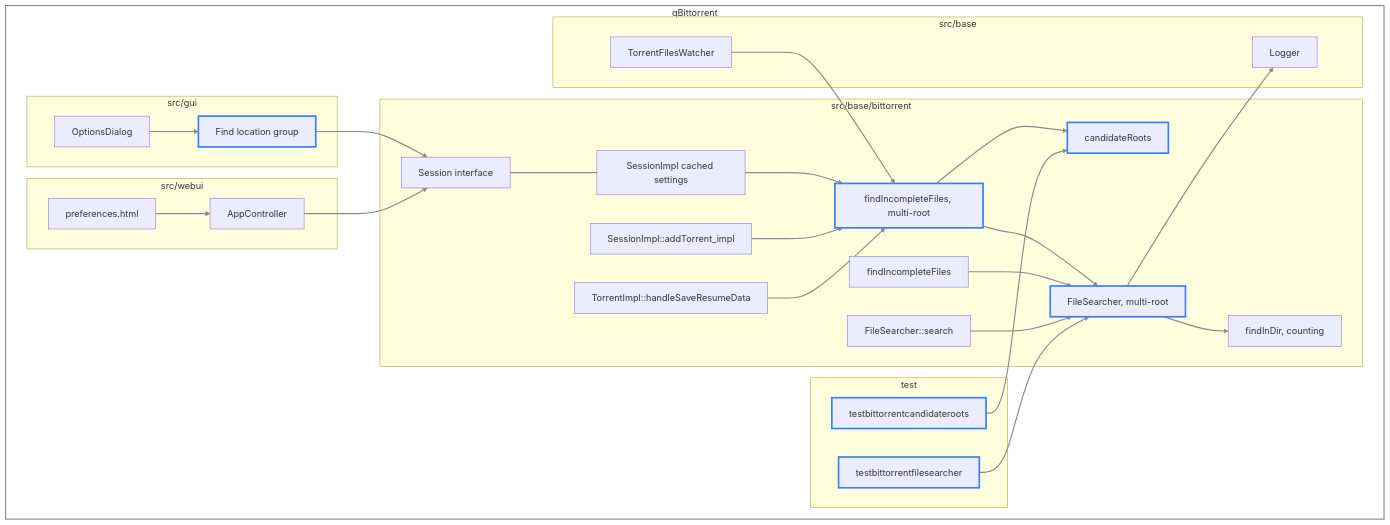
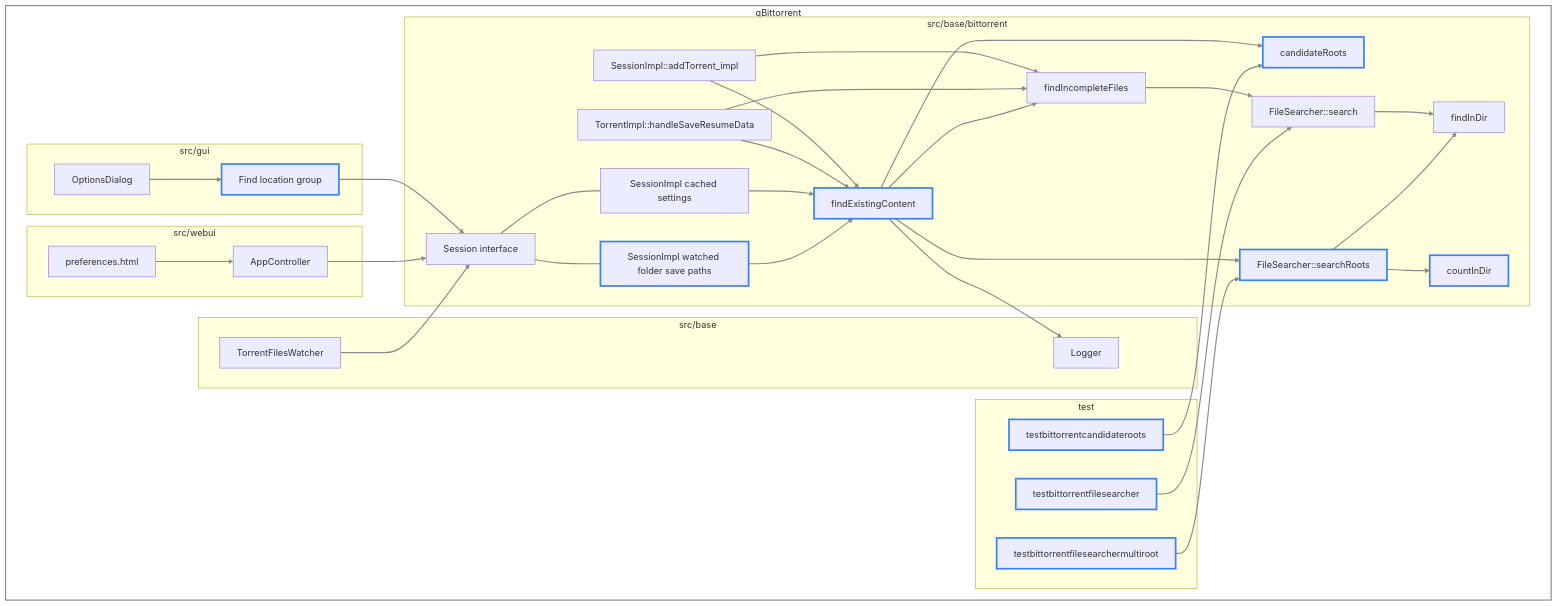
One commit to tsylvester/qBittorrent changed the second of 4 diagrams in doc/en/find-location_system_architecture.md. Above: the diagram before and after it, drawn with Mermaid. The commit also changed other lines of this file and 8 other files, not shown here.

````diff
--- a/doc/en/find-location_system_architecture.md
+++ b/doc/en/find-location_system_architecture.md
@@ -84,56 +83,66 @@
 ```mermaid
 flowchart TD
     subgraph repo["qBittorrent"]
         subgraph gui["src/gui"]
             OD["OptionsDialog"]
             ODG["Find location group"]
         end
         subgraph web["src/webui"]
             AC["AppController"]
             PH["preferences.html"]
         end
         subgraph base["src/base"]
             TFW["TorrentFilesWatcher"]
             LOG["Logger"]
         end
         subgraph bt["src/base/bittorrent"]
             SESS["Session interface"]
             SI["SessionImpl::addTorrent_impl"]
             SET["SessionImpl cached settings"]
+            WFS["SessionImpl watched folder save paths"]
             TI["TorrentImpl::handleSaveResumeData"]
             FIF["findIncompleteFiles"]
-            FIFN["findIncompleteFiles, multi-root"]
+            FEC["findExistingContent"]
             CR["candidateRoots"]
             FS["FileSearcher::search"]
-            FSN["FileSearcher, multi-root"]
-            FID["findInDir, counting"]
+            FSN["FileSearcher::searchRoots"]
+            CID["countInDir"]
+            FID["findInDir"]
         end
         subgraph test["test"]
             T1["testbittorrentfilesearcher"]
-            T2["testbittorrentcandidateroots"]
+            T2["testbittorrentfilesearchermultiroot"]
+            T3["testbittorrentcandidateroots"]
         end
     end
 
-    TFW --> FIFN
-    SET --> FIFN
-    SI --> FIFN
-    TI --> FIFN
-    FIFN --> CR
-    FIFN --> FSN
-    FIF --> FSN
-    FS --> FSN
+    TFW --> SESS
+    SESS --- WFS
+    SI --> FEC
+    SI --> FIF
+    TI --> FEC
+    TI --> FIF
+    SET --> FEC
+    WFS --> FEC
+    FEC --> FIF
+    FEC --> CR
+    FEC --> FSN
+    FEC --> LOG
+    FIF --> FS
+    FS --> FID
+    FSN --> CID
     FSN --> FID
-    FSN --> LOG
     OD --> ODG
     ODG --> SESS
     AC --> SESS
     SESS --- SET
     PH --> AC
-    T1 --> FSN
-    T2 --> CR
+    T1 --> FS
+    T2 --> FSN
+    T3 --> CR
 
     linkStyle default stroke:#8a8a8a,stroke-width:2px
     style repo fill:none,stroke:#8a8a8a,stroke-width:2px
     classDef added stroke:#3b82f6,stroke-width:3px
-    class ODG,FIFN,CR,FSN,T1,T2 added
+    class ODG,WFS,FEC,CR,FSN,CID,T1,T2,T3 added
 ```
````
